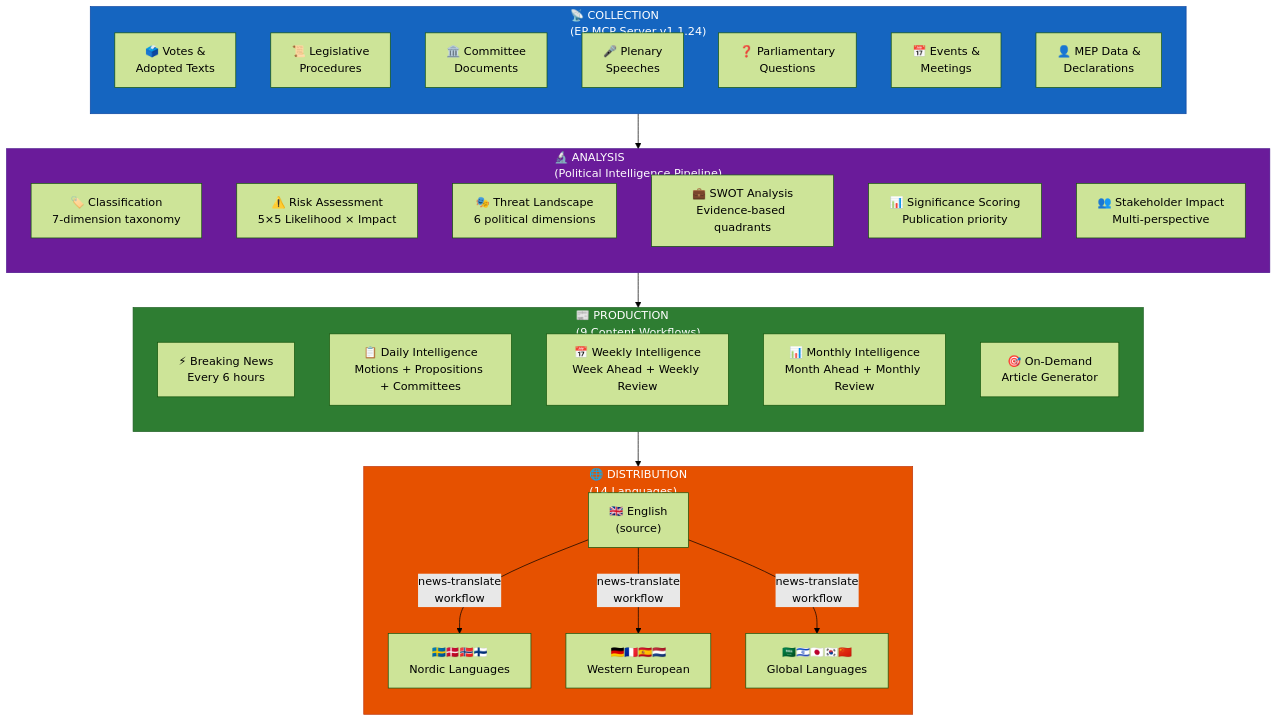
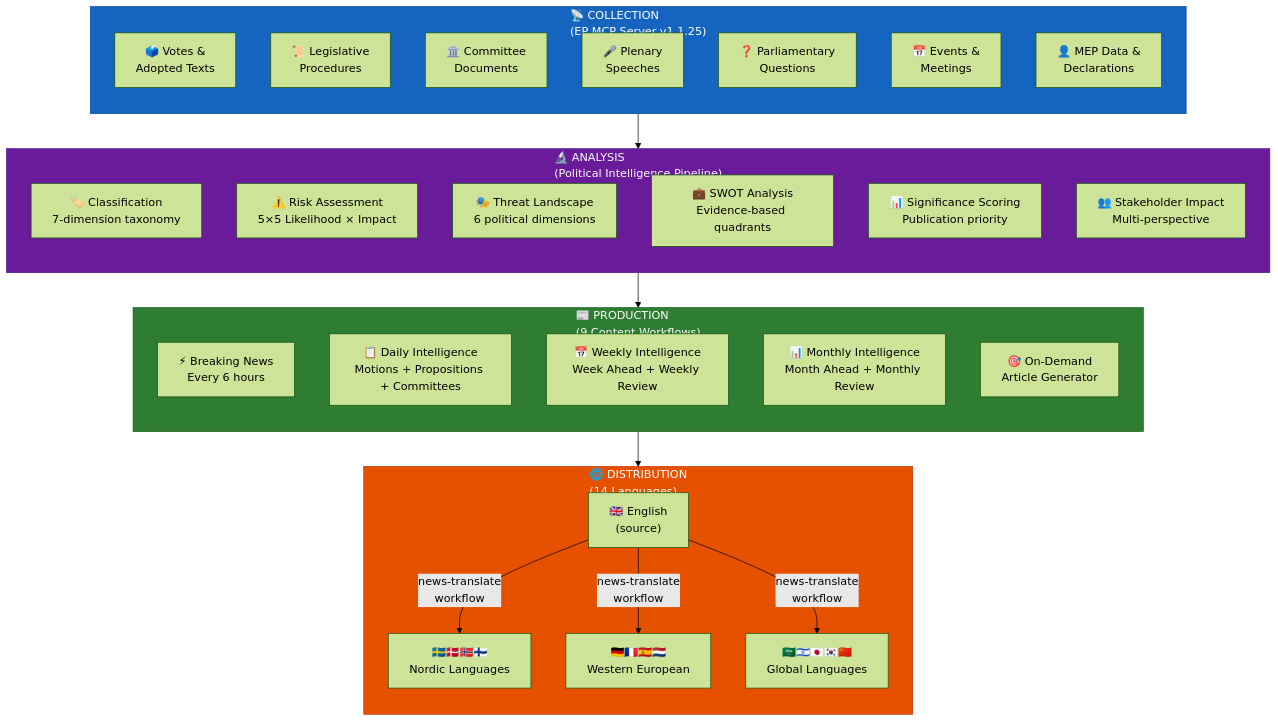
Before and after one commit to Hack23/euparliamentmonitor: diagram 18 of 21 in WORKFLOWS.md, drawn with Mermaid (forest theme). The commit also changed other lines of this file and 29 other files, not shown here.

First line of the commit message:
chore: update european-parliament-mcp-server version to 1.1.25 in all workflows, configs, and docs

````diff
--- a/WORKFLOWS.md
+++ b/WORKFLOWS.md
@@ -1625,48 +1625,48 @@
 ```mermaid
 flowchart TD
-    subgraph Collection["📡 COLLECTION<br/>(EP MCP Server v1.1.24)"]
+    subgraph Collection["📡 COLLECTION<br/>(EP MCP Server v1.1.25)"]
         direction TB
         C1["🗳️ Votes &<br/>Adopted Texts"]
         C2["📜 Legislative<br/>Procedures"]
         C3["🏛️ Committee<br/>Documents"]
         C4["🎤 Plenary<br/>Speeches"]
         C5["❓ Parliamentary<br/>Questions"]
         C6["📅 Events &<br/>Meetings"]
         C7["👤 MEP Data &<br/>Declarations"]
     end
 
     subgraph Analysis["🔬 ANALYSIS<br/>(Political Intelligence Pipeline)"]
         direction TB
         A1["🏷️ Classification<br/>7-dimension taxonomy"]
         A2["⚠️ Risk Assessment<br/>5×5 Likelihood × Impact"]
         A3["🎭 Threat Landscape<br/>6 political dimensions"]
         A4["💼 SWOT Analysis<br/>Evidence-based quadrants"]
         A5["📊 Significance Scoring<br/>Publication priority"]
         A6["👥 Stakeholder Impact<br/>Multi-perspective"]
     end
 
     subgraph Production["📰 PRODUCTION<br/>(9 Content Workflows)"]
         direction TB
         P1["⚡ Breaking News<br/>Every 6 hours"]
         P2["📋 Daily Intelligence<br/>Motions + Propositions + Committees"]
         P3["📅 Weekly Intelligence<br/>Week Ahead + Weekly Review"]
         P4["📊 Monthly Intelligence<br/>Month Ahead + Monthly Review"]
         P5["🎯 On-Demand<br/>Article Generator"]
     end
 
     subgraph Distribution["🌐 DISTRIBUTION<br/>(14 Languages)"]
         direction TB
         D1["🇬🇧 English<br/>(source)"]
         D2["🇸🇪🇩🇰🇳🇴🇫🇮<br/>Nordic Languages"]
         D3["🇩🇪🇫🇷🇪🇸🇳🇱<br/>Western European"]
         D4["🇸🇦🇮🇱🇯🇵🇰🇷🇨🇳<br/>Global Languages"]
     end
 
     Collection --> Analysis --> Production --> D1
     D1 --> |"news-translate<br/>workflow"| D2 & D3 & D4
 
     style Collection fill:#1565C0,stroke:#0D47A1,color:#FFFFFF
     style Analysis fill:#6A1B9A,stroke:#4A148C,color:#FFFFFF
     style Production fill:#2E7D32,stroke:#1B5E20,color:#FFFFFF
     style Distribution fill:#E65100,stroke:#BF360C,color:#FFFFFF
 ```
````
